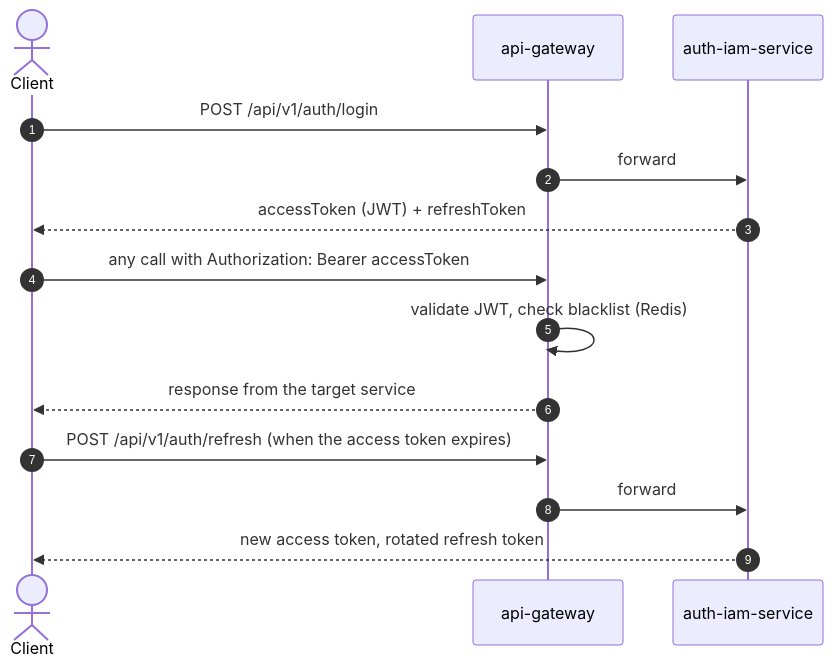
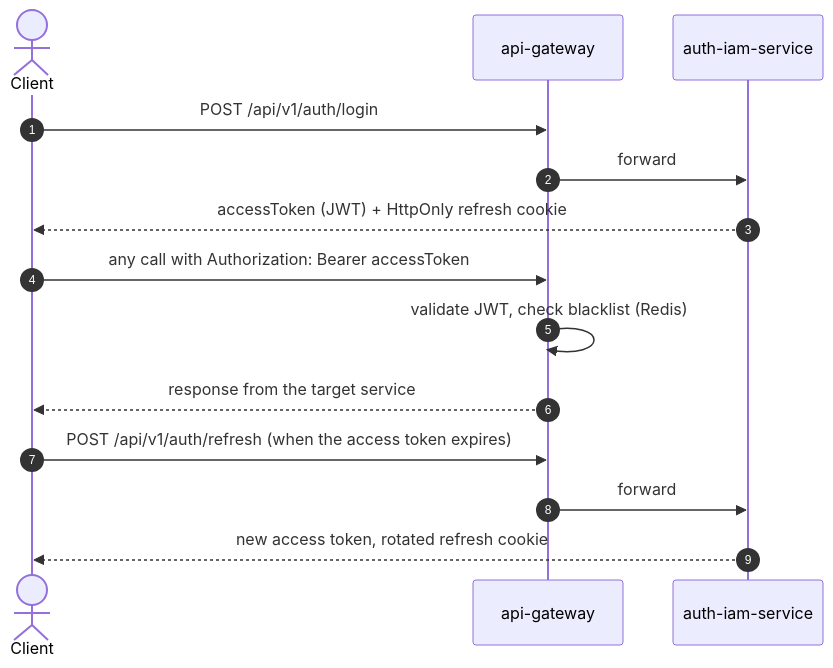
Before and after one commit to Shehan-Dinusha/BitCraft_SwiftDrop: the third of 4 diagrams in docs/api-specs/README.md, drawn with Mermaid. The commit also changed 1237 other files, not shown here.

````diff
--- a/docs/api-specs/README.md
+++ b/docs/api-specs/README.md
@@ -71,17 +71,17 @@
 ```mermaid
 sequenceDiagram
     autonumber
     actor U as Client
     participant GW as api-gateway
     participant A as auth-iam-service
 
     U->>GW: POST /api/v1/auth/login
     GW->>A: forward
-    A-->>U: accessToken (JWT) + refreshToken
+    A-->>U: accessToken (JWT) + HttpOnly refresh cookie
     U->>GW: any call with Authorization: Bearer accessToken
     GW->>GW: validate JWT, check blacklist (Redis)
     GW-->>U: response from the target service
     U->>GW: POST /api/v1/auth/refresh (when the access token expires)
     GW->>A: forward
-    A-->>U: new access token, rotated refresh token
+    A-->>U: new access token, rotated refresh cookie
 ```
````
